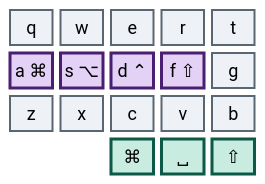
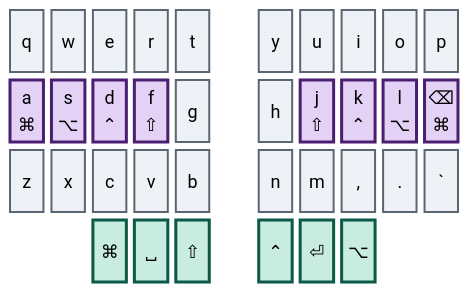
Before and after one commit to abloch/zmk-corne: the fifth of 5 diagrams in 32-keys.md, drawn with Mermaid. The commit also changed other lines of this file and 3 other files, not shown here.

First line of the commit message:
Add combos.md, one diagram per combo

````diff
--- a/32-keys.md
+++ b/32-keys.md
@@ -376,18 +329,18 @@
 ```mermaid
 %%{init: {'theme':'base','themeVariables':{'primaryColor':'#eef1f5','primaryTextColor':'#0b0f14','primaryBorderColor':'#5b6673','nodeTextColor':'#0b0f14','textColor':'#0b0f14','mainBkg':'#eef1f5','fontSize':'18px'}}}%%
 block
-columns 5
+columns 11
 
-  q w e r t
-  a["a ⌘"] s["s ⌥"] d["d ⌃"] f["f ⇧"] g
-  z x c v b
-  space:2 cmd["⌘"] spc["␣"] shft["⇧"]
+  q w e r t space y u i o p
+  a["a<br/>⌘"] s["s<br/>⌥"] d["d<br/>⌃"] f["f<br/>⇧"] g space h j["j<br/>⇧"] k["k<br/>⌃"] l["l<br/>⌥"] bspc["⌫<br/>⌘"]
+  z x c v b space n m cma[","] dot["."] grv[" `"]
+  space:2 cmd["⌘"] spc["␣"] sft["⇧"] space ctl["⌃"] ent["⏎"] alt["⌥"] space:2
 
   classDef hrm fill:#e3d2f5,stroke:#4a1f72,stroke-width:3px,color:#240c39
   classDef thumb fill:#c8ece0,stroke:#0b5946,stroke-width:3px,color:#06241c
   classDef core fill:#eef1f5,stroke:#5b6673,stroke-width:2px,color:#0b0f14
 
-  class a,s,d,f hrm
-  class cmd,spc,shft thumb
-  class q,w,e,r,t,g,z,x,c,v,b core
+  class a,s,d,f,j,k,l,bspc hrm
+  class cmd,spc,sft,ctl,ent,alt thumb
+  class q,w,e,r,t,g,z,x,c,v,b,y,u,i,o,p,h,n,m,cma,dot,grv core
 ```
````
